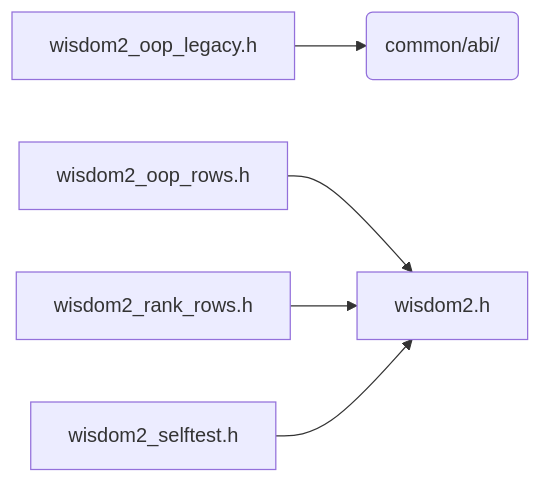
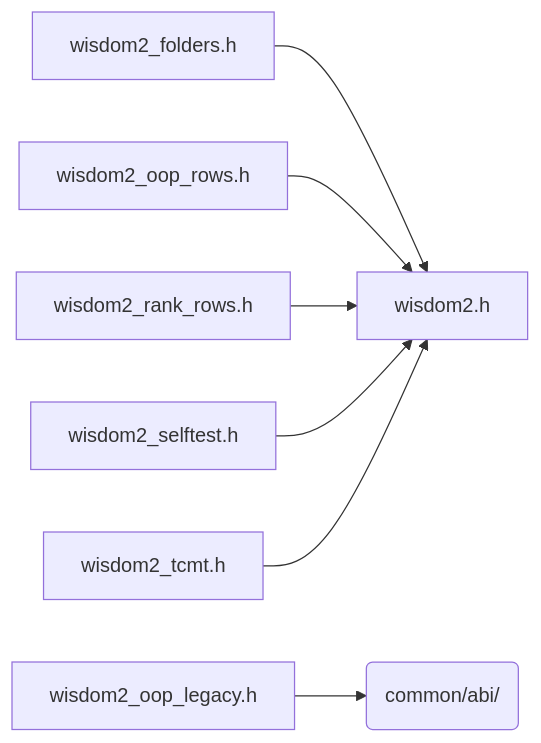
Before and after one commit to Tugbars/VectorFFT: the diagram in docs/architecture/generated/folders/common__wisdom.md, drawn with Mermaid. The commit also changed other lines of this file and 98 other files, not shown here.

Commit message:
regenerated architecture drawings

````diff
--- a/docs/architecture/generated/folders/common__wisdom.md
+++ b/docs/architecture/generated/folders/common__wisdom.md
@@ -14,13 +16,17 @@
 ```mermaid
 flowchart LR
     n_common_wisdom_wisdom2_h["wisdom2.h"]
+    n_common_wisdom_wisdom2_folders_h["wisdom2_folders.h"]
     n_common_wisdom_wisdom2_oop_legacy_h["wisdom2_oop_legacy.h"]
     n_common_wisdom_wisdom2_oop_rows_h["wisdom2_oop_rows.h"]
     n_common_wisdom_wisdom2_rank_rows_h["wisdom2_rank_rows.h"]
     n_common_wisdom_wisdom2_selftest_h["wisdom2_selftest.h"]
+    n_common_wisdom_wisdom2_tcmt_h["wisdom2_tcmt.h"]
     n_dir_common_abi("common/abi/")
+    n_common_wisdom_wisdom2_folders_h --> n_common_wisdom_wisdom2_h
     n_common_wisdom_wisdom2_oop_legacy_h --> n_dir_common_abi
     n_common_wisdom_wisdom2_oop_rows_h --> n_common_wisdom_wisdom2_h
     n_common_wisdom_wisdom2_rank_rows_h --> n_common_wisdom_wisdom2_h
     n_common_wisdom_wisdom2_selftest_h --> n_common_wisdom_wisdom2_h
+    n_common_wisdom_wisdom2_tcmt_h --> n_common_wisdom_wisdom2_h
 ```
````
